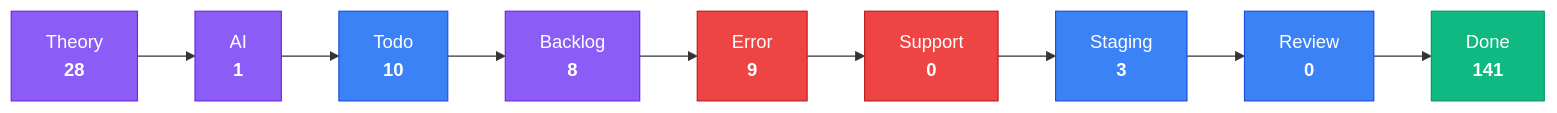
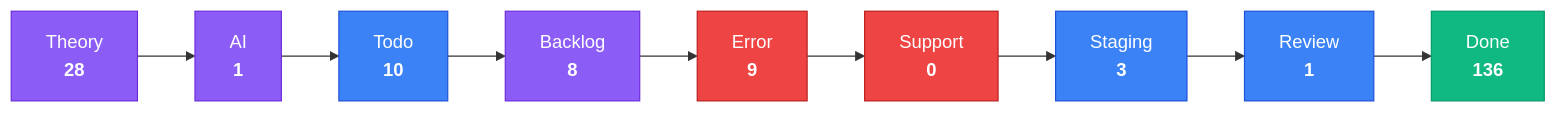
One commit to KBVE/kbve changed the third of 4 diagrams in apps/kbve/astro-kbve/src/content/docs/dashboard/kanban-data.mdx. Above: the diagram before and after it, drawn with Mermaid. The commit also changed other lines of this file and 8 other files, not shown here.

````diff
--- a/apps/kbve/astro-kbve/src/content/docs/dashboard/kanban-data.mdx
+++ b/apps/kbve/astro-kbve/src/content/docs/dashboard/kanban-data.mdx
@@ -79,28 +80,28 @@
 ```mermaid
 flowchart LR
     classDef planning fill:#8b5cf6,stroke:#6d28d9,color:#fff
     classDef active fill:#3b82f6,stroke:#1d4ed8,color:#fff
     classDef blocked fill:#ef4444,stroke:#b91c1c,color:#fff
     classDef done fill:#10b981,stroke:#059669,color:#fff
     Theory["Theory<br/><strong>28</strong>"]
     Theory --> AI
     AI["AI<br/><strong>1</strong>"]
     AI --> Todo
     Todo["Todo<br/><strong>10</strong>"]
     Todo --> Backlog
     Backlog["Backlog<br/><strong>8</strong>"]
     Backlog --> Error
     Error["Error<br/><strong>9</strong>"]
     Error --> Support
     Support["Support<br/><strong>0</strong>"]
     Support --> Staging
     Staging["Staging<br/><strong>3</strong>"]
     Staging --> Review
-    Review["Review<br/><strong>0</strong>"]
+    Review["Review<br/><strong>1</strong>"]
     Review --> Done
-    Done["Done<br/><strong>141</strong>"]
+    Done["Done<br/><strong>136</strong>"]
     class Theory,AI,Backlog planning
     class Todo,Staging,Review active
     class Error,Support blocked
     class Done done
 ```
````
